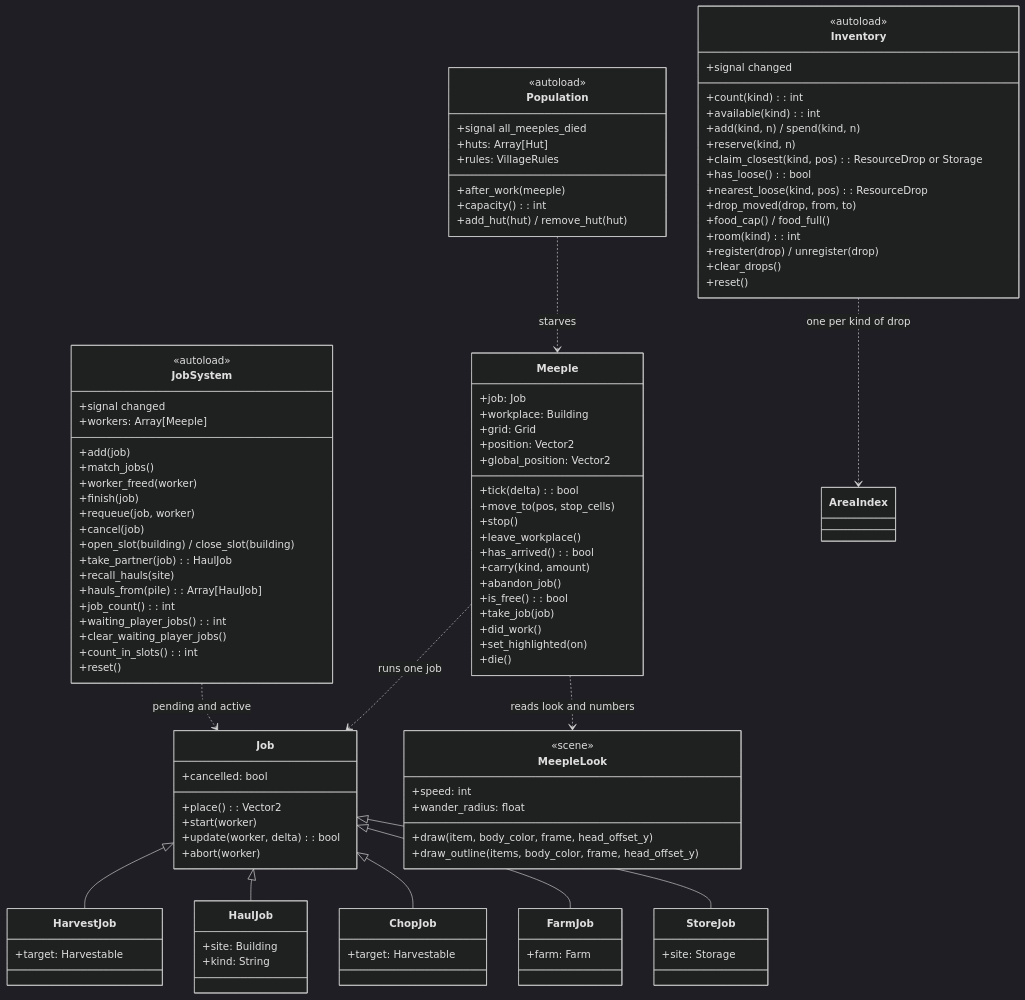
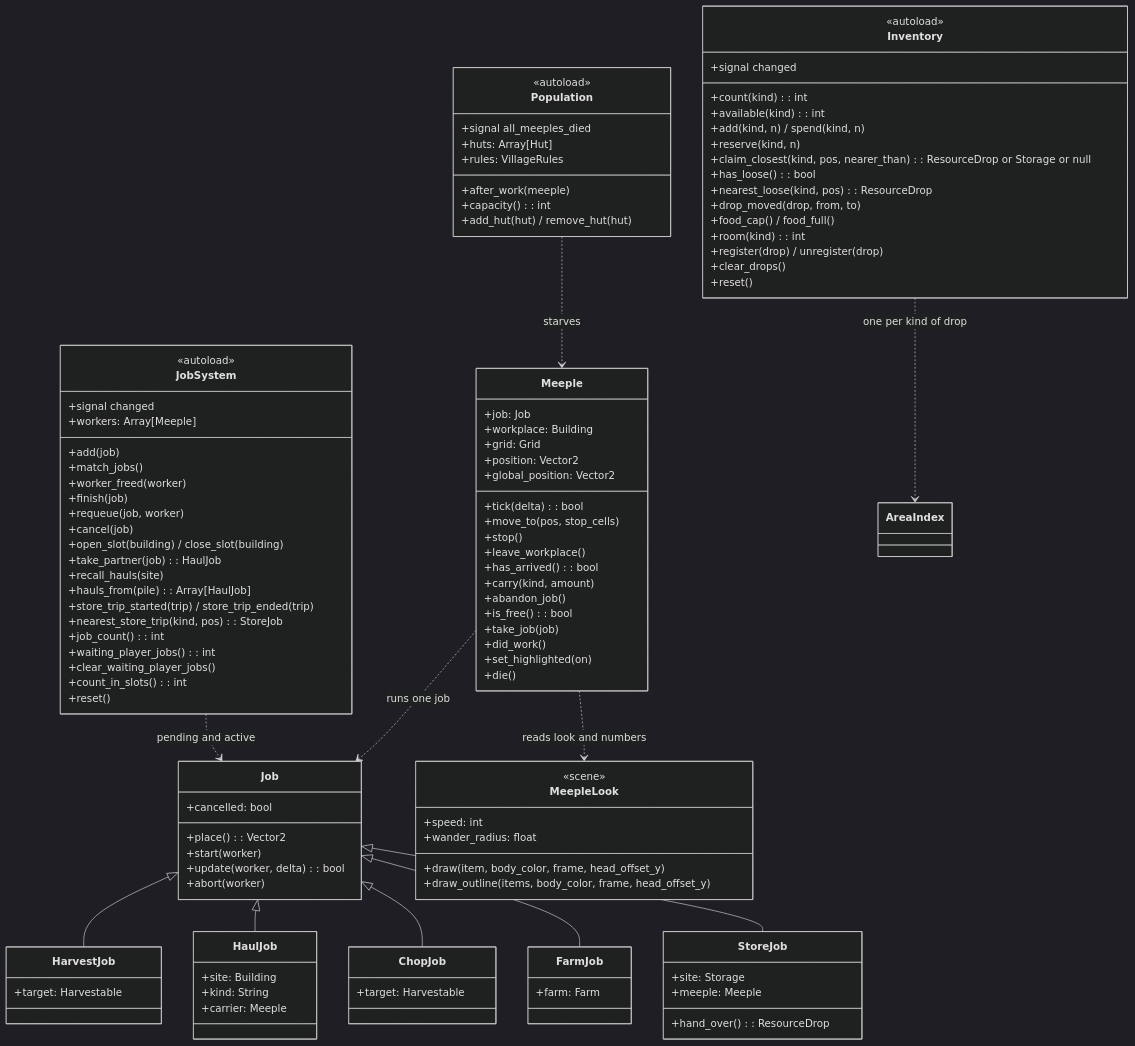
One commit to Liam-M-Mays/game-jam-2026 changed the tenth of 11 diagrams in docs/architecture.md. Above: the diagram before and after it, drawn with Mermaid (dark theme). The commit also changed other lines of this file and 6 other files, not shown here.

Commit message:
A haul for a site takes over a store trip whose wood is nearer than any other, so the carrier brings it straight to the site

```diff
--- a/docs/architecture.md
+++ b/docs/architecture.md
@@ -634,6 +635,8 @@
         +take_partner(job): HaulJob
         +recall_hauls(site)
         +hauls_from(pile): Array[HaulJob]
+        +store_trip_started(trip) / store_trip_ended(trip)
+        +nearest_store_trip(kind, pos): StoreJob
         +job_count(): int
         +waiting_player_jobs(): int
         +clear_waiting_player_jobs()
@@ -689,7 +692,7 @@
         +available(kind): int
         +add(kind, n) / spend(kind, n)
         +reserve(kind, n)
-        +claim_closest(kind, pos): ResourceDrop or Storage
+        +claim_closest(kind, pos, nearer_than): ResourceDrop or Storage or null
         +has_loose(): bool
         +nearest_loose(kind, pos): ResourceDrop
         +drop_moved(drop, from, to)
@@ -705,6 +708,7 @@
     class HaulJob {
         +site: Building
         +kind: String
+        +carrier: Meeple
     }
     class ChopJob {
         +target: Harvestable
@@ -714,6 +718,8 @@
     }
     class StoreJob {
         +site: Storage
+        +meeple: Meeple
+        +hand_over(): ResourceDrop
     }
     Job <|-- HarvestJob
     Job <|-- HaulJob
```
